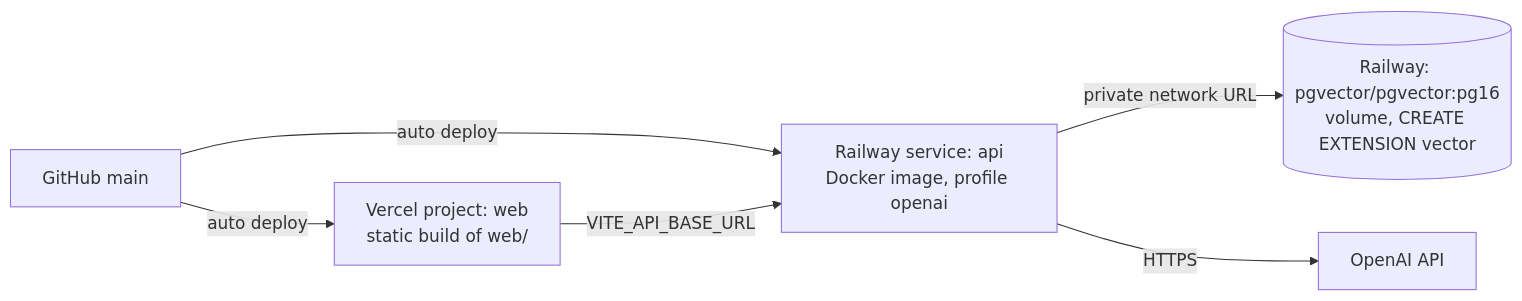
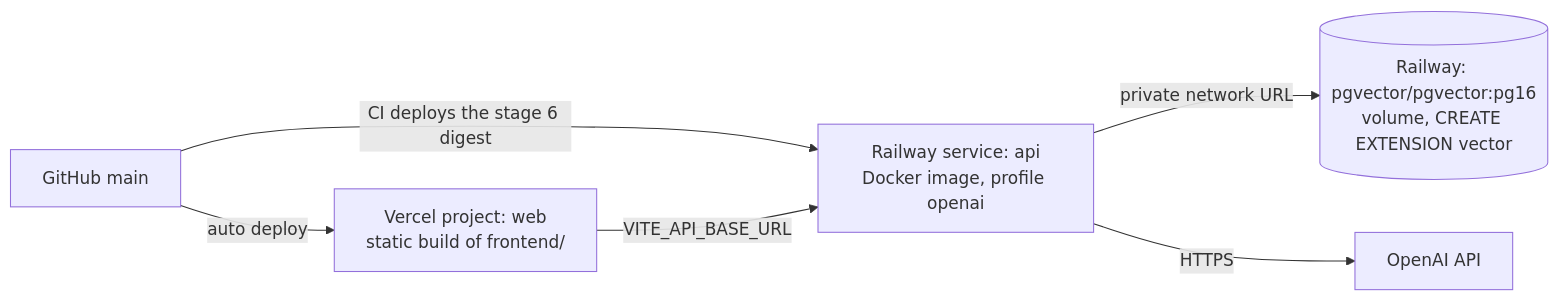
The tenth of 10 diagrams in docs/02-architecture.md (liorshaya/PolicyPilot), drawn with Mermaid before and after one commit. The commit also changed other lines of this file and 10 other files, not shown here.

````diff
--- a/docs/02-architecture.md
+++ b/docs/02-architecture.md
@@ -484,8 +484,8 @@
 ```mermaid
 flowchart LR
-  GH[GitHub main] -->|auto deploy| RW[Railway service: api<br/>Docker image, profile openai]
-  GH -->|auto deploy| VC[Vercel project: web<br/>static build of web/]
+  GH[GitHub main] -->|CI deploys the stage 6 digest| RW[Railway service: api<br/>Docker image, profile openai]
+  GH -->|auto deploy| VC[Vercel project: web<br/>static build of frontend/]
   RW -->|private network URL| PG[(Railway: pgvector/pgvector:pg16<br/>volume, CREATE EXTENSION vector)]
   RW -->|HTTPS| OA[OpenAI API]
   VC -->|VITE_API_BASE_URL| RW
 ```
````
